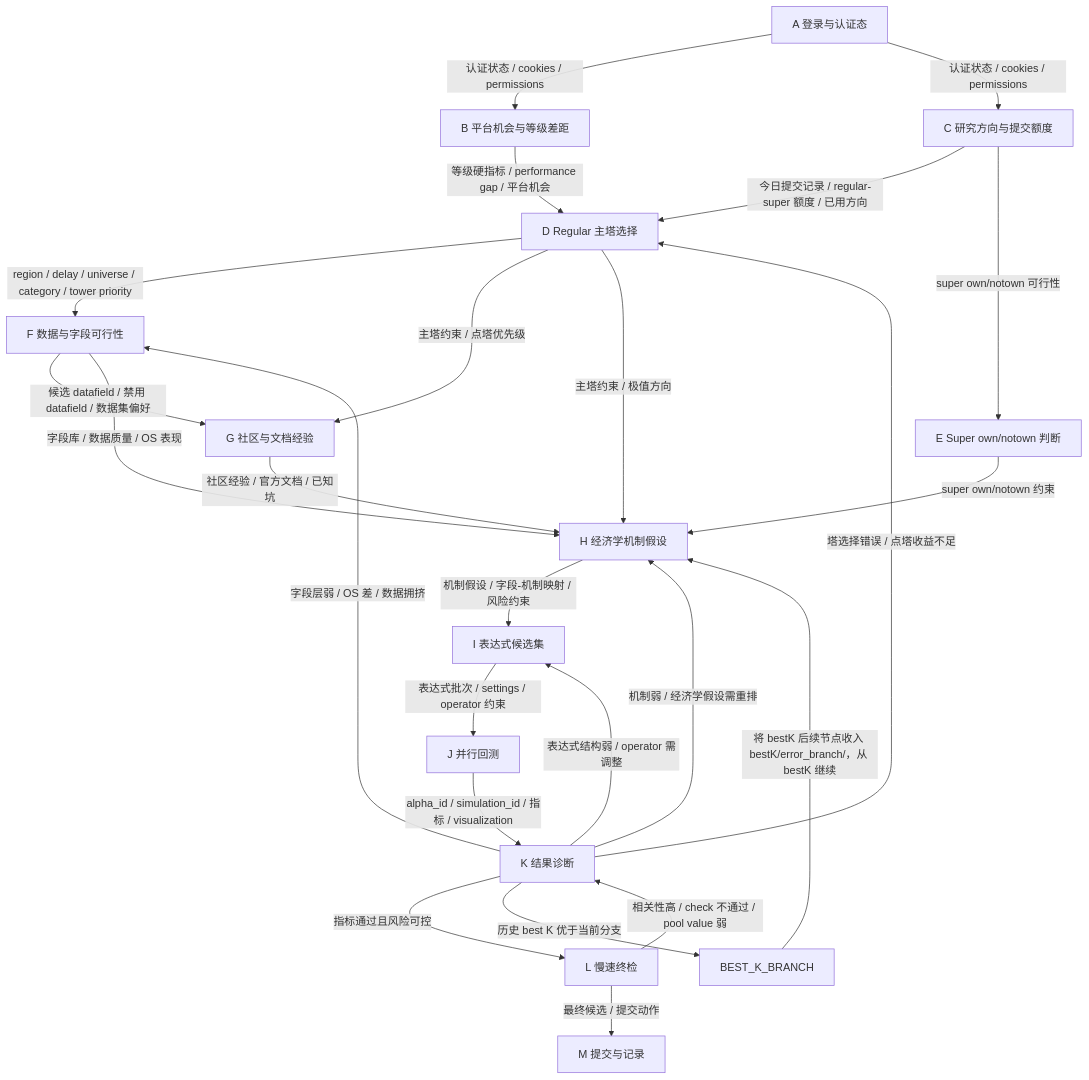
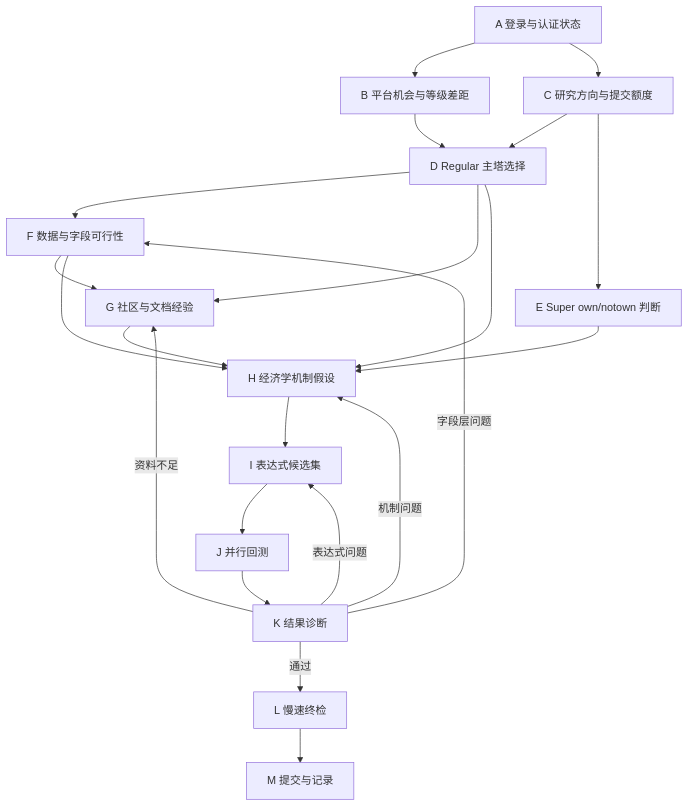
Before and after one commit to untuitivist/wqb_cli: the diagram in workflow/workflow_graph.md, drawn with Mermaid. The commit also changed other lines of this file and 2 other files, not shown here.

````diff
--- a/workflow/workflow_graph.md
+++ b/workflow/workflow_graph.md
@@ -30,34 +27,30 @@
 ```mermaid
 flowchart TD
-    A["A 登录与认证态"] -->|"认证状态 / cookies / permissions"| B["B 平台机会与等级差距"]
-    A -->|"认证状态 / cookies / permissions"| C["C 研究方向与提交额度"]
+    A["A 登录与认证状态"] --> B["B 平台机会与等级差距"]
+    A --> C["C 研究方向与提交额度"]
 
-    B -->|"等级硬指标 / performance gap / 平台机会"| D["D Regular 主塔选择"]
-    C -->|"今日提交记录 / regular-super 额度 / 已用方向"| D
-    C -->|"super own/notown 可行性"| E["E Super own/notown 判断"]
+    B --> D["D Regular 主塔选择"]
+    C --> D
+    C --> E["E Super own/notown 判断"]
 
-    D -->|"region / delay / universe / category / tower priority"| F["F 数据与字段可行性"]
-    D -->|"主塔约束 / 点塔优先级"| G["G 社区与文档经验"]
-    F -->|"候选 datafield / 禁用 datafield / 数据集偏好"| G
+    D --> F["F 数据与字段可行性"]
+    D --> G["G 社区与文档经验"]
+    F --> G
 
-    D -->|"主塔约束 / 极值方向"| H["H 经济学机制假设"]
-    E -->|"super own/notown 约束"| H
-    F -->|"字段库 / 数据质量 / OS 表现"| H
-    G -->|"社区经验 / 官方文档 / 已知坑"| H
+    D --> H["H 经济学机制假设"]
+    E --> H
+    F --> H
+    G --> H
 
-    H -->|"机制假设 / 字段-机制映射 / 风险约束"| I["I 表达式候选集"]
-    I -->|"表达式批次 / settings / operator 约束"| J["J 并行回测"]
-    J -->|"alpha_id / simulation_id / 指标 / visualization"| K["K 结果诊断"]
+    H --> I["I 表达式候选集"]
+    I --> J["J 并行回测"]
+    J --> K["K 结果诊断"]
 
-    K -->|"指标通过且风险可控"| L["L 慢速终检"]
-    L -->|"最终候选 / 提交动作"| M["M 提交与记录"]
+    K -->|"通过"| L["L 慢速终检"]
+    L --> M["M 提交与记录"]
 
-    K -->|"字段层弱 / OS 差 / 数据拥挤"| F
-    K -->|"机制弱 / 经济学假设需重排"| H
-    K -->|"表达式结构弱 / operator 需调整"| I
-    K -->|"塔选择错误 / 点塔收益不足"| D
-    K -->|"历史 best K 优于当前分支"| BK["BEST_K_BRANCH"]
-    BK -->|"将 bestK 后续节点收入 bestK/error_branch/，从 bestK 继续"| H
-
-    L -->|"相关性高 / check 不通过 / pool value 弱"| K
+    K -->|"字段层问题"| F
+    K -->|"资料不足"| G
+    K -->|"机制问题"| H
+    K -->|"表达式问题"| I
 ```
````
